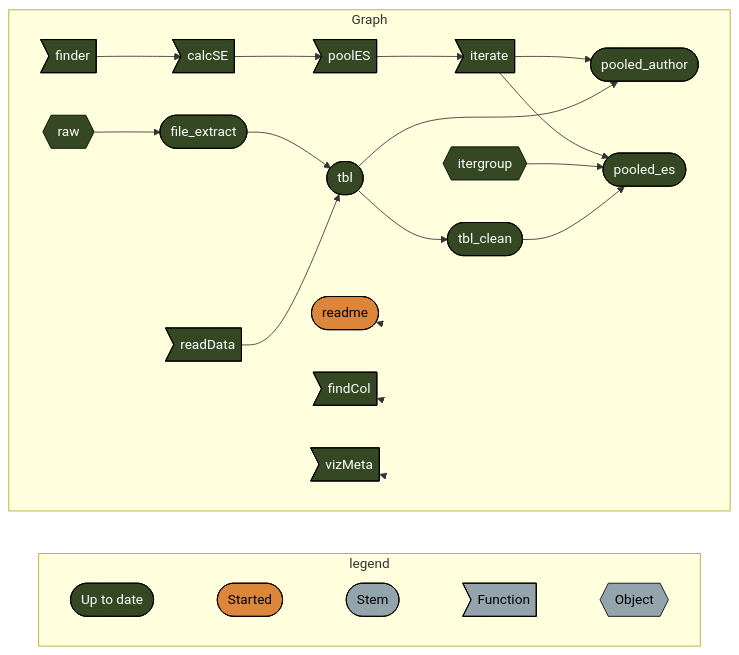
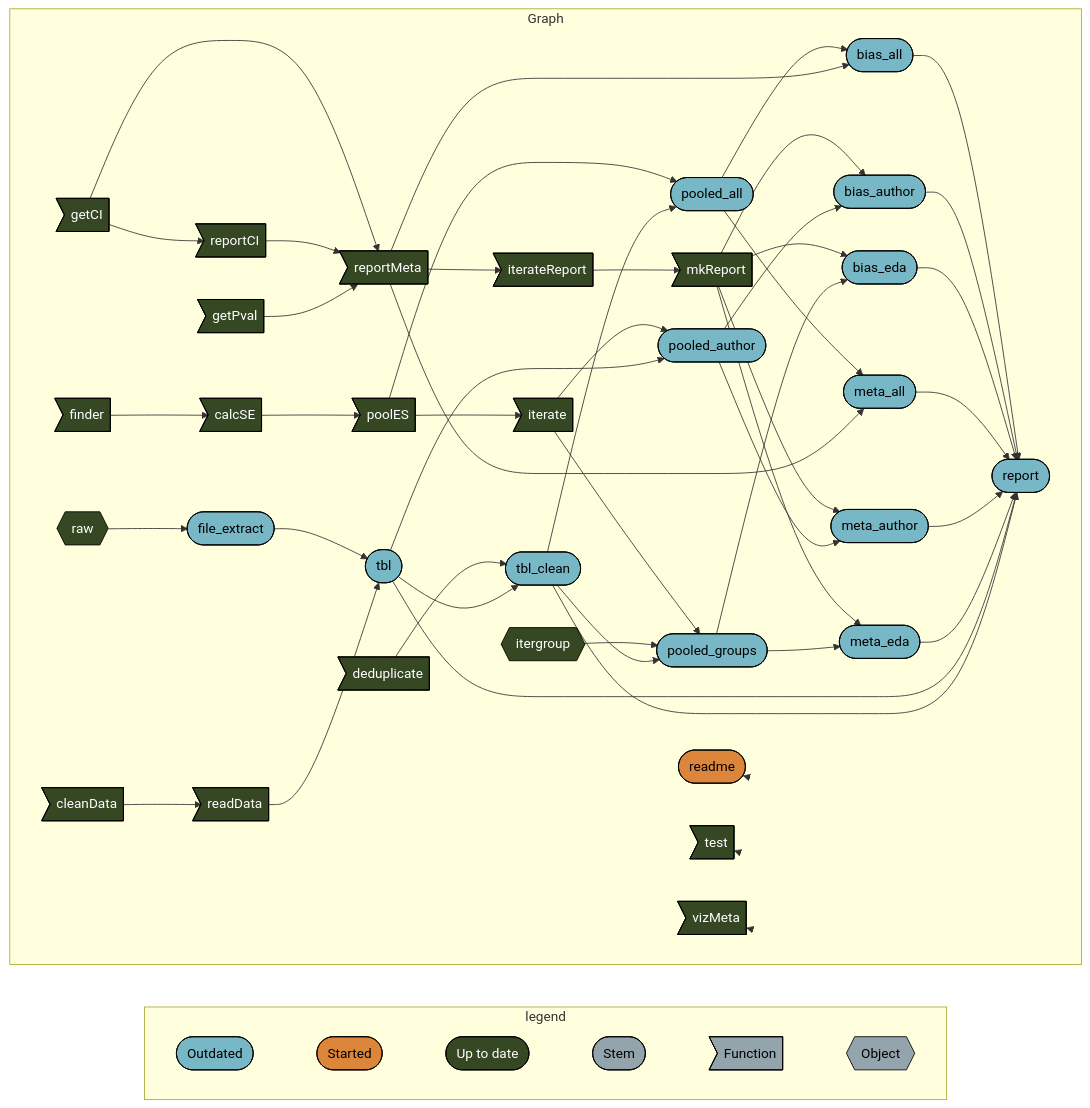
The diagram in README.md (namakala/depression-in-t2dm), drawn with Mermaid before and after one commit. The commit also changed 6 other files, not shown here.

````diff
--- a/README.md
+++ b/README.md
@@ -49,38 +49,71 @@
 ``` mermaid
 graph LR
   subgraph legend
     direction LR
-    x7420bd9270f8d27d([""Up to date""]):::uptodate --- x5b3426b4c7fa7dbc([""Started""]):::started
-    x5b3426b4c7fa7dbc([""Started""]):::started --- xbf4603d6c2c2ad6b([""Stem""]):::none
+    x0a52b03877696646([""Outdated""]):::outdated --- x5b3426b4c7fa7dbc([""Started""]):::started
+    x5b3426b4c7fa7dbc([""Started""]):::started --- x7420bd9270f8d27d([""Up to date""]):::uptodate
+    x7420bd9270f8d27d([""Up to date""]):::uptodate --- xbf4603d6c2c2ad6b([""Stem""]):::none
     xbf4603d6c2c2ad6b([""Stem""]):::none --- xf0bce276fe2b9d3e>""Function""]:::none
     xf0bce276fe2b9d3e>""Function""]:::none --- x5bffbffeae195fc9{{""Object""}}:::none
   end
   subgraph Graph
     direction LR
+    x4e142918b401f034>"cleanData"]:::uptodate --> xb4a3d4a2fc7bb7d2>"readData"]:::uptodate
+    x275ceffe01854d89>"reportMeta"]:::uptodate --> x1f5f4b5b2ec59cf0>"iterateReport"]:::uptodate
+    x1f5f4b5b2ec59cf0>"iterateReport"]:::uptodate --> xe507bce80d611fab>"mkReport"]:::uptodate
     x19d56b95df0a7e85>"poolES"]:::uptodate --> xee61ab83b7d675c1>"iterate"]:::uptodate
+    x6296d492a8ddad2b>"getCI"]:::uptodate --> x275ceffe01854d89>"reportMeta"]:::uptodate
+    x6296d492a8ddad2b>"getCI"]:::uptodate --> x67d7e85e85ed33db>"reportCI"]:::uptodate
+    x67d7e85e85ed33db>"reportCI"]:::uptodate --> x275ceffe01854d89>"reportMeta"]:::uptodate
     x3e42f6670cc1974c>"finder"]:::uptodate --> x2405da16054f81ad>"calcSE"]:::uptodate
     x2405da16054f81ad>"calcSE"]:::uptodate --> x19d56b95df0a7e85>"poolES"]:::uptodate
-    xee61ab83b7d675c1>"iterate"]:::uptodate --> x631988a8d3d85fb3(["pooled_author"]):::uptodate
-    xe797a538520c914d(["tbl"]):::uptodate --> x631988a8d3d85fb3(["pooled_author"]):::uptodate
-    xee61ab83b7d675c1>"iterate"]:::uptodate --> xaf7077eabdb29ebb(["pooled_es"]):::uptodate
-    xe37aeeab4f19d257{{"itergroup"}}:::uptodate --> xaf7077eabdb29ebb(["pooled_es"]):::uptodate
-    x07c0a25d8d1269ae(["tbl_clean"]):::uptodate --> xaf7077eabdb29ebb(["pooled_es"]):::uptodate
-    xe797a538520c914d(["tbl"]):::uptodate --> x07c0a25d8d1269ae(["tbl_clean"]):::uptodate
-    x67be920e14d52a62{{"raw"}}:::uptodate --> x948809345d27ea2b(["file_extract"]):::uptodate
-    x948809345d27ea2b(["file_extract"]):::uptodate --> xe797a538520c914d(["tbl"]):::uptodate
-    xb4a3d4a2fc7bb7d2>"readData"]:::uptodate --> xe797a538520c914d(["tbl"]):::uptodate
+    x97296012062236b1>"getPval"]:::uptodate --> x275ceffe01854d89>"reportMeta"]:::uptodate
+    xee61ab83b7d675c1>"iterate"]:::uptodate --> x631988a8d3d85fb3(["pooled_author"]):::outdated
+    xe797a538520c914d(["tbl"]):::outdated --> x631988a8d3d85fb3(["pooled_author"]):::outdated
+    x4cfdc4b8ffc0833b>"deduplicate"]:::uptodate --> x07c0a25d8d1269ae(["tbl_clean"]):::outdated
+    xe797a538520c914d(["tbl"]):::outdated --> x07c0a25d8d1269ae(["tbl_clean"]):::outdated
+    x0c55547544d10beb(["pooled_all"]):::outdated --> x1da53b9024b2e84a(["bias_all"]):::outdated
+    x275ceffe01854d89>"reportMeta"]:::uptodate --> x1da53b9024b2e84a(["bias_all"]):::outdated
+    x0c55547544d10beb(["pooled_all"]):::outdated --> x430992bea01a7746(["meta_all"]):::outdated
+    x275ceffe01854d89>"reportMeta"]:::uptodate --> x430992bea01a7746(["meta_all"]):::outdated
+    x1da53b9024b2e84a(["bias_all"]):::outdated --> xe0fba61fbc506510(["report"]):::outdated
+    x8258980e0682878d(["bias_author"]):::outdated --> xe0fba61fbc506510(["report"]):::outdated
+    x7cddcc2458aa2f2a(["bias_eda"]):::outdated --> xe0fba61fbc506510(["report"]):::outdated
+    x430992bea01a7746(["meta_all"]):::outdated --> xe0fba61fbc506510(["report"]):::outdated
+    x2e9a38145b3ac661(["meta_author"]):::outdated --> xe0fba61fbc506510(["report"]):::outdated
+    x9779f797366ec5b8(["meta_eda"]):::outdated --> xe0fba61fbc506510(["report"]):::outdated
+    xe797a538520c914d(["tbl"]):::outdated --> xe0fba61fbc506510(["report"]):::outdated
+    x07c0a25d8d1269ae(["tbl_clean"]):::outdated --> xe0fba61fbc506510(["report"]):::outdated
+    xe507bce80d611fab>"mkReport"]:::uptodate --> x8258980e0682878d(["bias_author"]):::outdated
+    x631988a8d3d85fb3(["pooled_author"]):::outdated --> x8258980e0682878d(["bias_author"]):::outdated
+    xe507bce80d611fab>"mkReport"]:::uptodate --> x9779f797366ec5b8(["meta_eda"]):::outdated
+    x5622303d0fb3e0ca(["pooled_groups"]):::outdated --> x9779f797366ec5b8(["meta_eda"]):::outdated
+    xe507bce80d611fab>"mkReport"]:::uptodate --> x2e9a38145b3ac661(["meta_author"]):::outdated
+    x631988a8d3d85fb3(["pooled_author"]):::outdated --> x2e9a38145b3ac661(["meta_author"]):::outdated
+    xe507bce80d611fab>"mkReport"]:::uptodate --> x7cddcc2458aa2f2a(["bias_eda"]):::outdated
+    x5622303d0fb3e0ca(["pooled_groups"]):::outdated --> x7cddcc2458aa2f2a(["bias_eda"]):::outdated
+    x67be920e14d52a62{{"raw"}}:::uptodate --> x948809345d27ea2b(["file_extract"]):::outdated
+    x19d56b95df0a7e85>"poolES"]:::uptodate --> x0c55547544d10beb(["pooled_all"]):::outdated
+    x07c0a25d8d1269ae(["tbl_clean"]):::outdated --> x0c55547544d10beb(["pooled_all"]):::outdated
+    x948809345d27ea2b(["file_extract"]):::outdated --> xe797a538520c914d(["tbl"]):::outdated
+    xb4a3d4a2fc7bb7d2>"readData"]:::uptodate --> xe797a538520c914d(["tbl"]):::outdated
+    xee61ab83b7d675c1>"iterate"]:::uptodate --> x5622303d0fb3e0ca(["pooled_groups"]):::outdated
+    xe37aeeab4f19d257{{"itergroup"}}:::uptodate --> x5622303d0fb3e0ca(["pooled_groups"]):::outdated
+    x07c0a25d8d1269ae(["tbl_clean"]):::outdated --> x5622303d0fb3e0ca(["pooled_groups"]):::outdated
     x6e52cb0f1668cc22(["readme"]):::started --> x6e52cb0f1668cc22(["readme"]):::started
-    x463b4d121a7009f3>"findCol"]:::uptodate --> x463b4d121a7009f3>"findCol"]:::uptodate
+    x4fdcca5ddb678139>"test"]:::uptodate --> x4fdcca5ddb678139>"test"]:::uptodate
     x41a8499cfe76565d>"vizMeta"]:::uptodate --> x41a8499cfe76565d>"vizMeta"]:::uptodate
   end
+  classDef outdated stroke:#000000,color:#000000,fill:#78B7C5;
+  classDef started stroke:#000000,color:#000000,fill:#DC863B;
   classDef uptodate stroke:#000000,color:#ffffff,fill:#354823;
-  classDef started stroke:#000000,color:#000000,fill:#DC863B;
   classDef none stroke:#000000,color:#000000,fill:#94a4ac;
   linkStyle 0 stroke-width:0px;
   linkStyle 1 stroke-width:0px;
   linkStyle 2 stroke-width:0px;
   linkStyle 3 stroke-width:0px;
-  linkStyle 16 stroke-width:0px;
-  linkStyle 17 stroke-width:0px;
-  linkStyle 18 stroke-width:0px;
+  linkStyle 4 stroke-width:0px;
+  linkStyle 47 stroke-width:0px;
+  linkStyle 48 stroke-width:0px;
+  linkStyle 49 stroke-width:0px;
 ```
````
